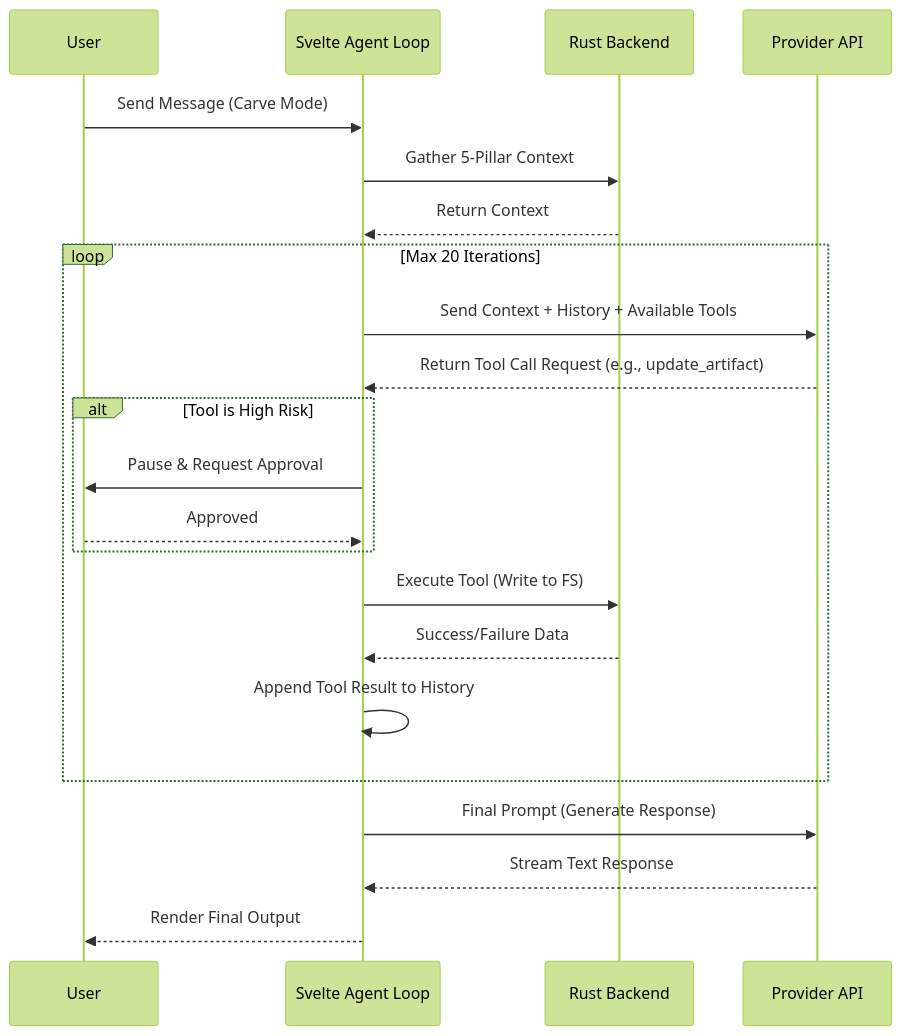
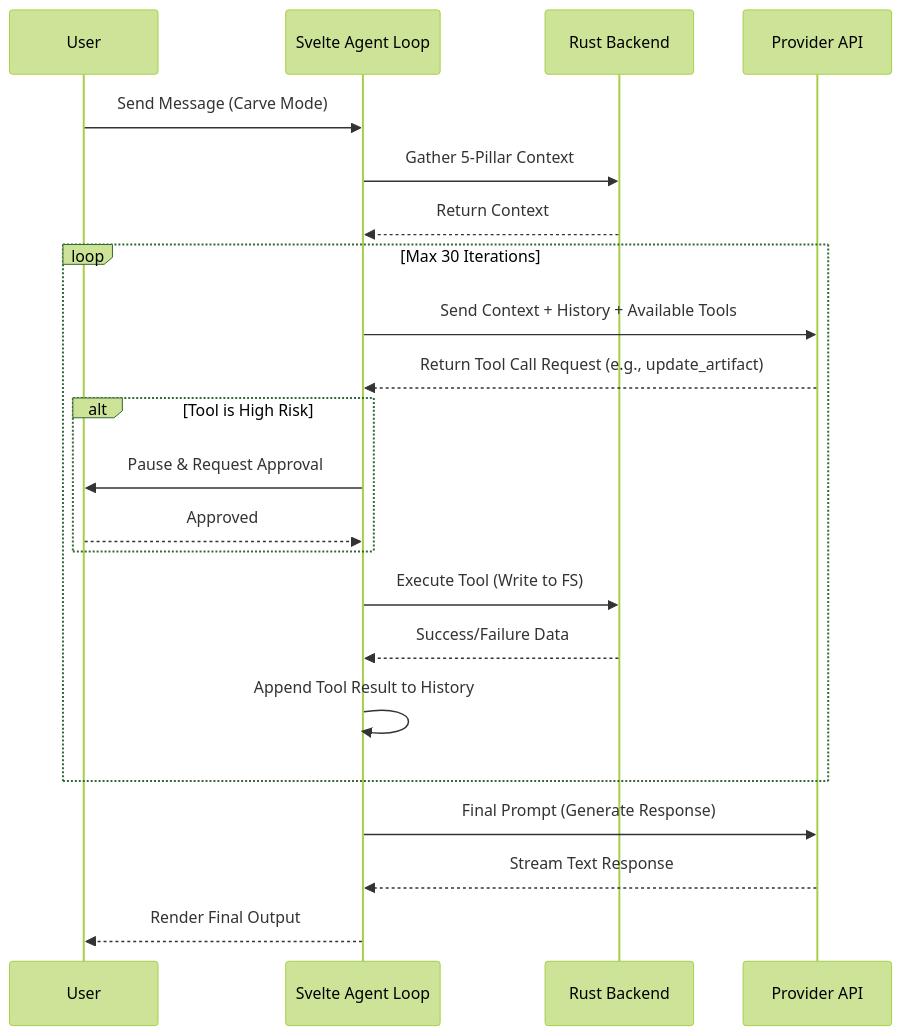
The third of 7 diagrams in README.md (7368697661/rhyolite), drawn with Mermaid (forest theme) before and after one commit. The commit also changed other lines of this file and 79 other files, not shown here.

````diff
--- a/README.md
+++ b/README.md
@@ -184,29 +389,29 @@
 ```mermaid
 sequenceDiagram
     participant User
     participant AgentLoop as Svelte Agent Loop
     participant Tauri as Rust Backend
     participant LLM as Provider API
     
     User->>AgentLoop: Send Message (Carve Mode)
     AgentLoop->>Tauri: Gather 5-Pillar Context
     Tauri-->>AgentLoop: Return Context
     
-    loop Max 20 Iterations
+    loop Max 30 Iterations
         AgentLoop->>LLM: Send Context + History + Available Tools
         LLM-->>AgentLoop: Return Tool Call Request (e.g., update_artifact)
         
         alt Tool is High Risk
             AgentLoop->>User: Pause & Request Approval
             User-->>AgentLoop: Approved
         end
         
         AgentLoop->>Tauri: Execute Tool (Write to FS)
         Tauri-->>AgentLoop: Success/Failure Data
         AgentLoop->>AgentLoop: Append Tool Result to History
     end
     
     AgentLoop->>LLM: Final Prompt (Generate Response)
     LLM-->>AgentLoop: Stream Text Response
     AgentLoop-->>User: Render Final Output
 ```
````
